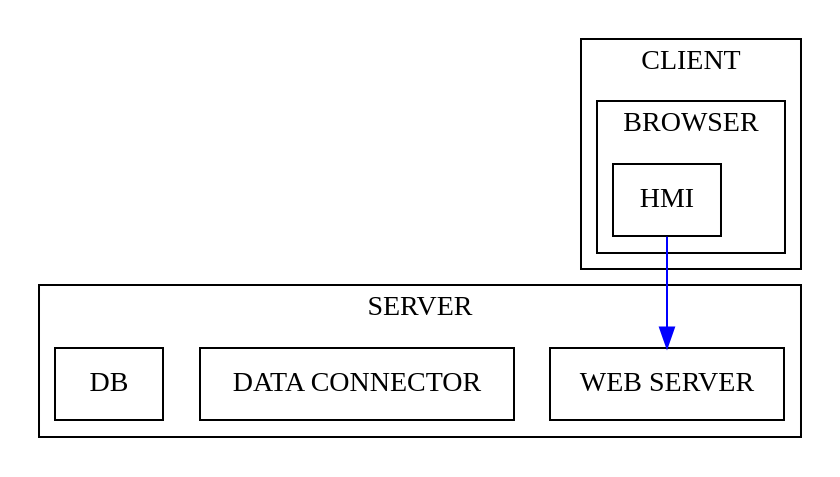
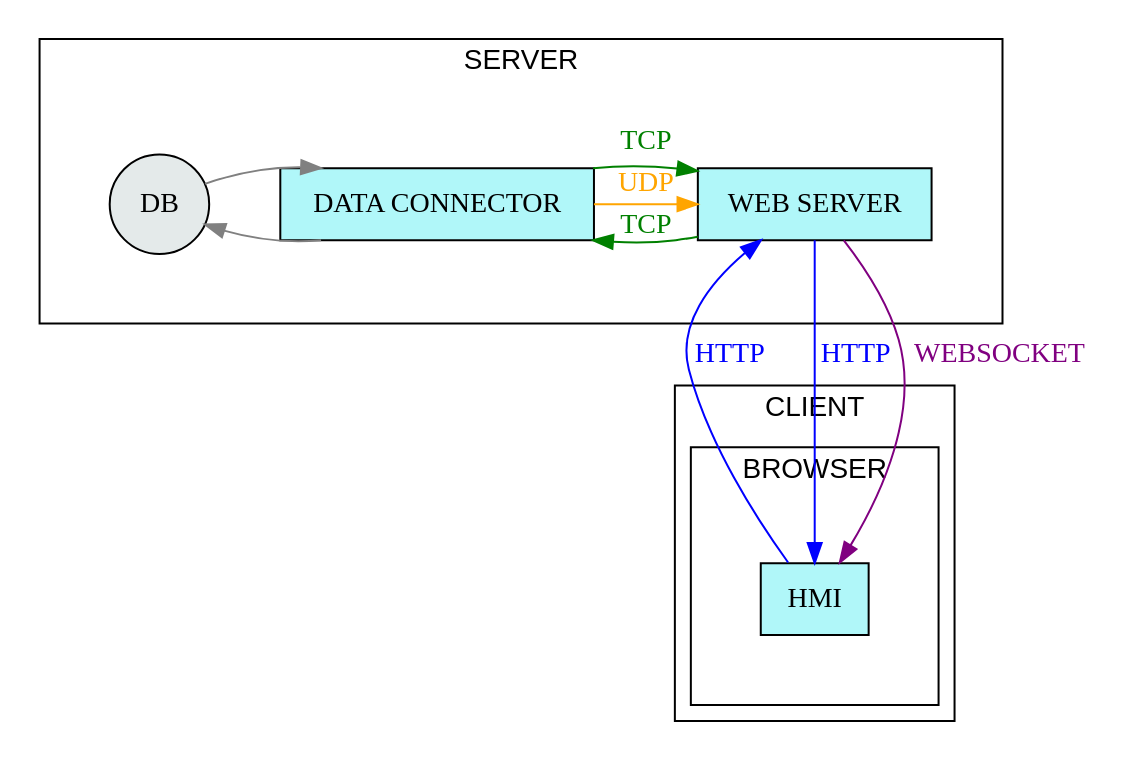
Before and after one commit to MGuillaumeF/hangman-game: the diagram in wiki/components.dot, drawn with Graphviz.

Commit message:
Mise à jour diagramme de composant

```diff
--- a/wiki/components.dot
+++ b/wiki/components.dot
@@ -1,23 +1,34 @@
 digraph Component {
-
-  node [shape=record];
-
+    fontname="Helvetica,Arial,sans-serif"
+	node [shape=rect style=filled fillcolor = "#B0F7F9"]
   subgraph cluster_client {
     label = "CLIENT";
     subgraph cluster_browser {
       label = "BROWSER";
+	margin = 35;
       nd_1 [label = "HMI"];
     }
   }
 
   subgraph cluster_server {
     label = "SERVER";
+	margin = 35;
     {
-      rank=same 
+      rank=same; 
+	  margin = 50;
       nd_2 [label = "WEB SERVER"];
       nd_3 [label = "DATA CONNECTOR"];
-      nd_4 [label = "DB"];
+      nd_4 [label = "DB"  shape=circle fillcolor = "#E4EAEA"];
     }
   }
-  nd_1 -> nd_2 [color=blue];
+  nd_1 -> nd_2 [color=blue fontcolor=blue label = "HTTP"];
+  nd_2 -> nd_1 [color=blue  fontcolor=blue label = "HTTP"];
+  nd_2 -> nd_1 [color=purple label = "WEBSOCKET" fontcolor=purple];
+  
+  nd_2 -> nd_3 [color=green label = "TCP" fontcolor=green];
+  nd_3 -> nd_2 [color=green label = "TCP" fontcolor=green];
+  nd_3 -> nd_2 [color=orange label = "UDP" fontcolor=orange];
+  
+  nd_3 -> nd_4 [color=grey];
+  nd_4 -> nd_3 [color=grey];
 }
```
